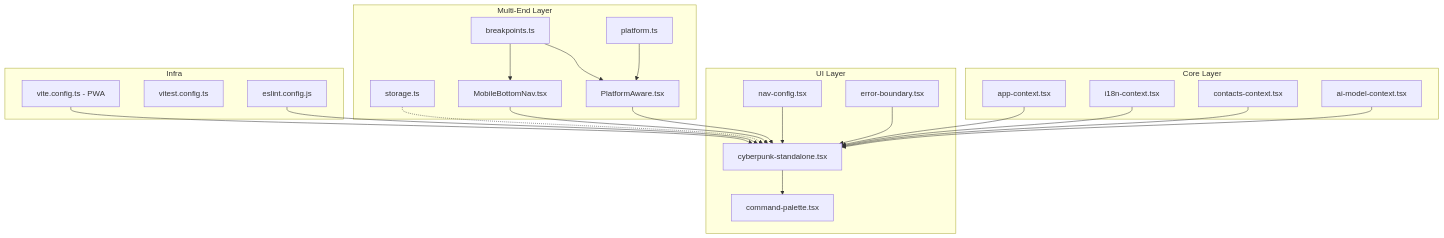
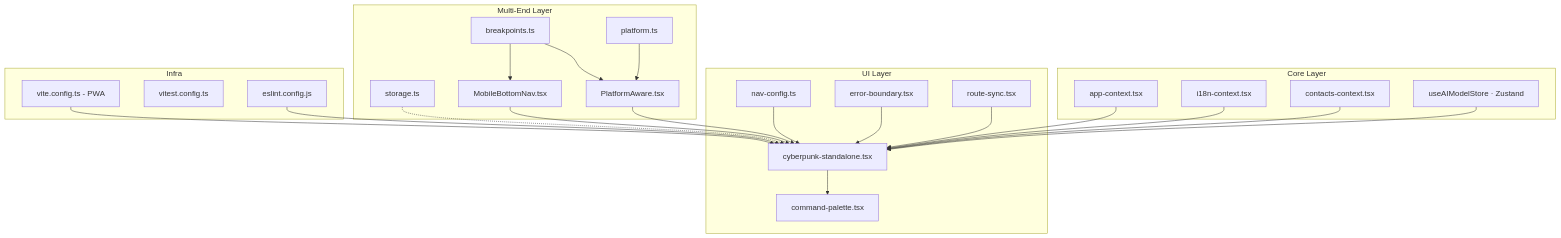
Before and after one commit to YYC-Cube/YYC3-Administration: the third of 3 diagrams in README.md, drawn with Mermaid. The commit also changed other lines of this file and 84 other files, not shown here.

````diff
--- a/README.md
+++ b/README.md
@@ -238,45 +245,47 @@
 ```mermaid
 graph TD
   subgraph Core Layer
     AC[app-context.tsx]
     IC[i18n-context.tsx]
     CC[contacts-context.tsx]
-    AI[ai-model-context.tsx]
+    AIM[useAIModelStore · Zustand]
   end
   subgraph UI Layer
     CP[cyberpunk-standalone.tsx]
-    NAV[nav-config.tsx]
+    NAV[nav-config.ts]
     CPalette[command-palette.tsx]
     EB[error-boundary.tsx]
+    RS[route-sync.tsx]
   end
   subgraph Multi-End Layer
     BP[breakpoints.ts]
     PF[platform.ts]
     ST[storage.ts]
     PA[PlatformAware.tsx]
     MBN[MobileBottomNav.tsx]
   end
   subgraph Infra
     VT[vite.config.ts - PWA]
     VS[vitest.config.ts]
     ESL[eslint.config.js]
   end
 
   AC --> CP
   IC --> CP
   CC --> CP
-  AI --> CP
+  AIM --> CP
   NAV --> CP
   CP --> CPalette
   EB --> CP
+  RS --> CP
 
   BP --> PA
   BP --> MBN
   PF --> PA
   ST -.-> CP
   PA --> CP
   MBN --> CP
 
   VT --> CP
   ESL --> CP
 ```
````
